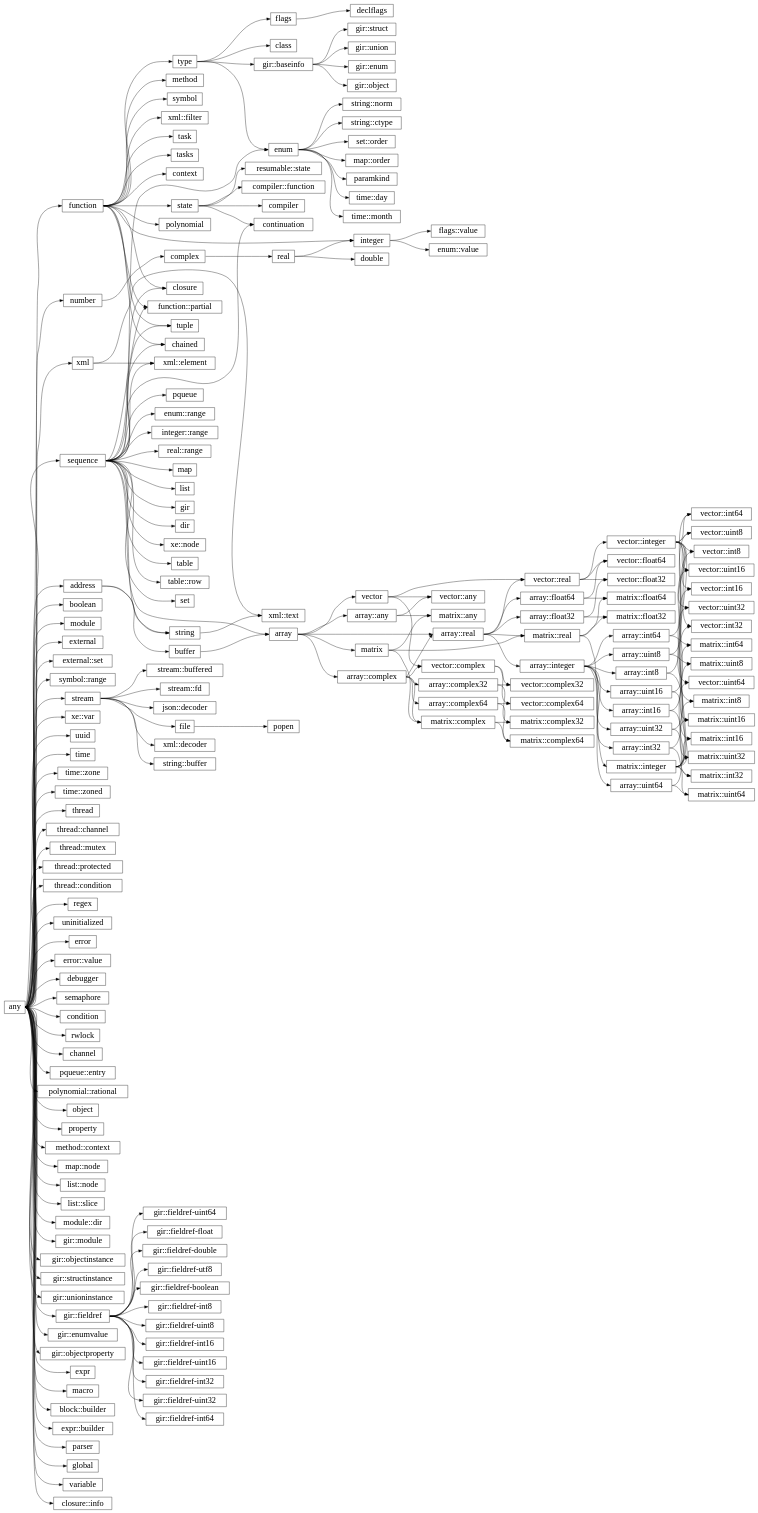
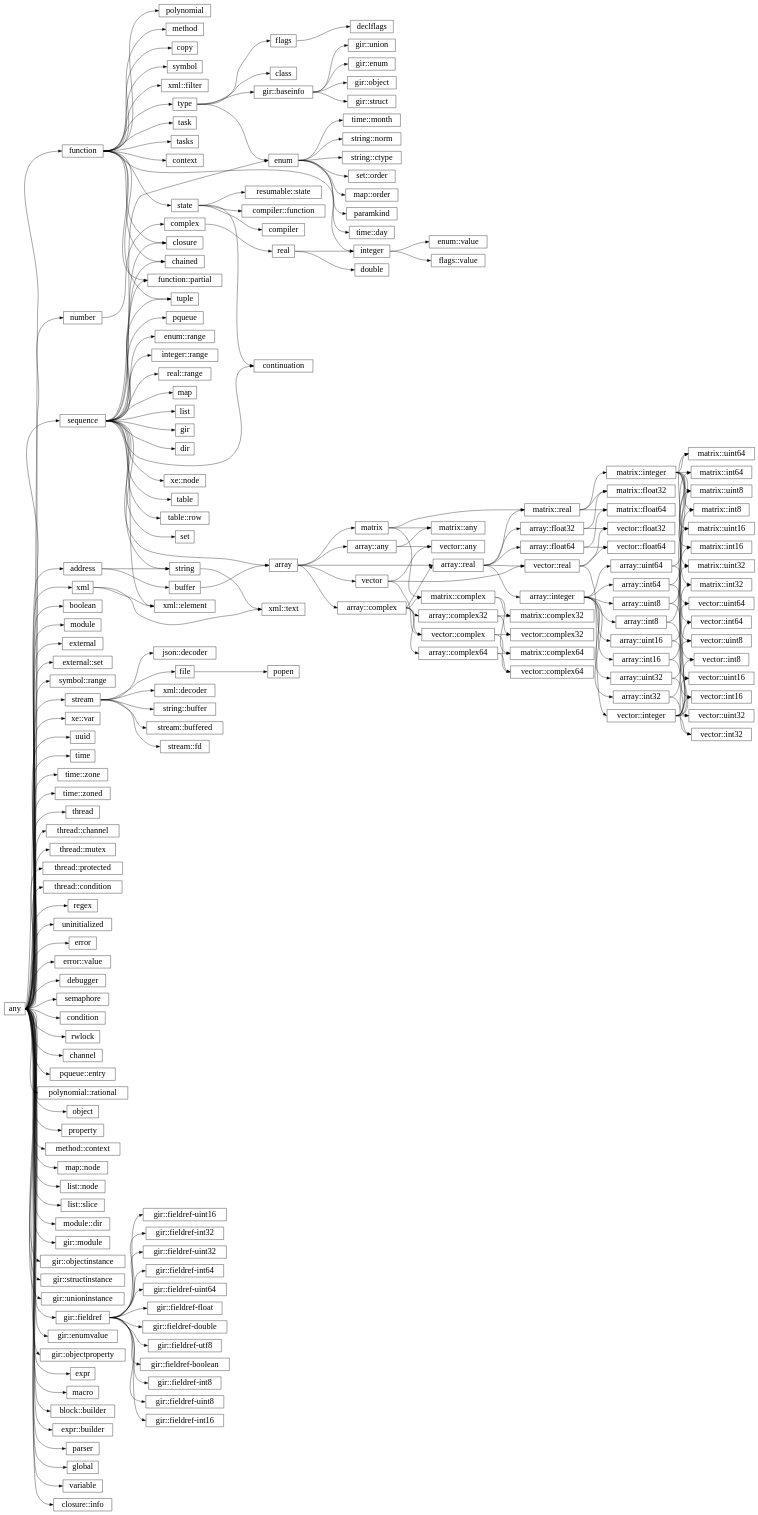
Before and after one commit to wrapl/minilang: the diagram in docs/library/hierarchy.rst, drawn with Graphviz. The commit also changed 11 other files, not shown here.

```diff
--- a/docs/library/hierarchy.rst
+++ b/docs/library/hierarchy.rst
@@ -15,6 +15,7 @@
       "any":e -> "sequence":w;
       "any":e -> "function":w;
       "function":e -> "type":w;
+      "function":e -> "copy":w;
       "function":e -> "function::partial":w;
       "sequence":e -> "function::partial":w;
       "function":e -> "tuple":w;
```
